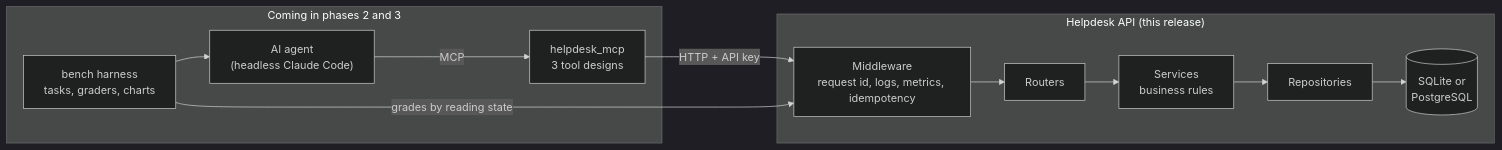
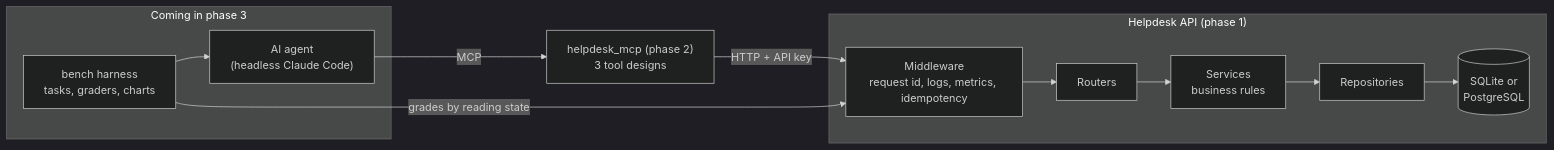
Before and after one commit to aayushostwal/mcp-helpdesk-lab: the diagram in README.md, drawn with Mermaid (dark theme). The commit also changed other lines of this file and 5 other files, not shown here.

````diff
--- a/README.md
+++ b/README.md
@@ -78,12 +95,13 @@
 ```mermaid
 flowchart LR
-    subgraph later["Coming in phases 2 and 3"]
-        agent["AI agent<br/>(headless Claude Code)"] -->|MCP| mcp["helpdesk_mcp<br/>3 tool designs"]
+    subgraph phase3["Coming in phase 3"]
+        agent["AI agent<br/>(headless Claude Code)"]
         bench["bench harness<br/>tasks, graders, charts"] --> agent
     end
+    agent -->|MCP| mcp["helpdesk_mcp (phase 2)<br/>3 tool designs"]
     mcp -->|"HTTP + API key"| api
     bench -->|"grades by reading state"| api
-    subgraph phase1["Helpdesk API (this release)"]
+    subgraph phase1["Helpdesk API (phase 1)"]
         api["Middleware<br/>request id, logs, metrics, idempotency"] --> routers["Routers"] --> services["Services<br/>business rules"] --> repos["Repositories"] --> db[("SQLite or<br/>PostgreSQL")]
     end
 ```
````
